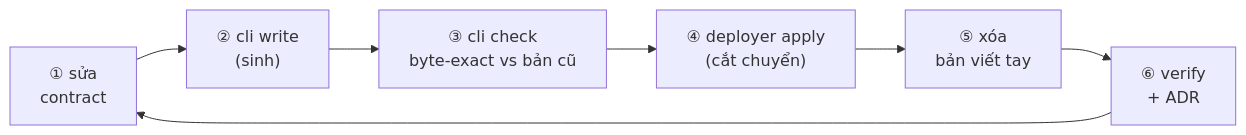
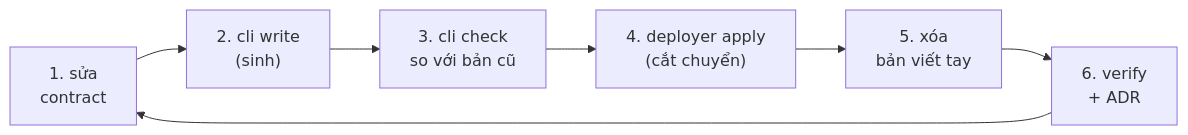
Before and after one commit to chickinone/bigdata_platform: the second of 3 diagrams in README.md, drawn with Mermaid. The commit also changed other lines of this file and 80 other files, not shown here.

````diff
--- a/README.md
+++ b/README.md
@@ -70,9 +59,9 @@
 ```mermaid
 flowchart LR
-    A["① sửa<br/>contract"] --> B["② cli write<br/>(sinh)"]
-    B --> C["③ cli check<br/>byte-exact vs bản cũ"]
-    C --> D["④ deployer apply<br/>(cắt chuyển)"]
-    D --> E["⑤ xóa<br/>bản viết tay"]
-    E --> F["⑥ verify<br/>+ ADR"]
+    A["1. sửa<br/>contract"] --> B["2. cli write<br/>(sinh)"]
+    B --> C["3. cli check<br/>so với bản cũ"]
+    C --> D["4. deployer apply<br/>(cắt chuyển)"]
+    D --> E["5. xóa<br/>bản viết tay"]
+    E --> F["6. verify<br/>+ ADR"]
     F --> A
 ```
````
